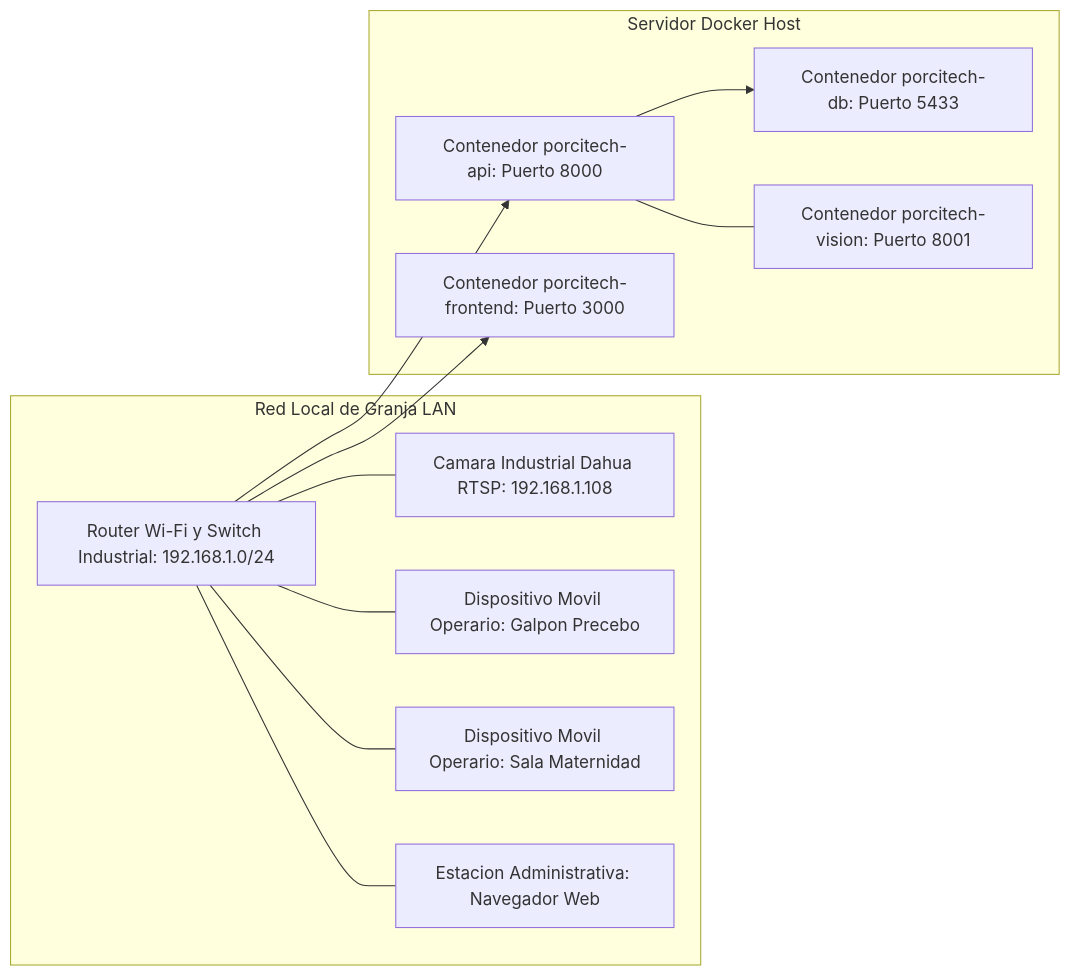
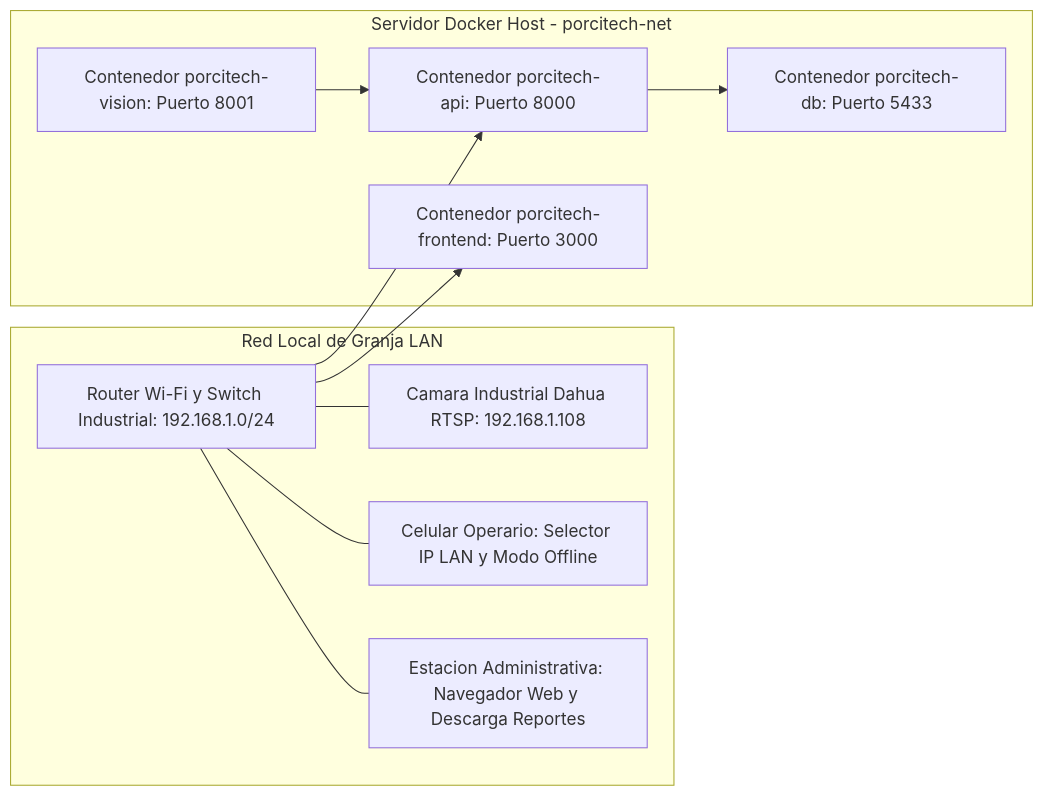
Before and after one commit to DevAvirama/CODIGO_FUENTE_PORCITECH: the fourth of 8 diagrams in MANUAL_DISENO_TECNICO.md, drawn with Mermaid. The commit also changed other lines of this file and 1 other file, not shown here.

````diff
--- a/MANUAL_DISENO_TECNICO.md
+++ b/MANUAL_DISENO_TECNICO.md
@@ -237,27 +233,25 @@
 ```mermaid
 flowchart LR
     subgraph RED_GRANJA ["Red Local de Granja LAN"]
         ROUTER["Router Wi-Fi y Switch Industrial: 192.168.1.0/24"]
         CAM_IP["Camara Industrial Dahua RTSP: 192.168.1.108"]
-        MOB_1["Dispositivo Movil Operario: Galpon Precebo"]
-        MOB_2["Dispositivo Movil Operario: Sala Maternidad"]
-        PC_ADM["Estacion Administrativa: Navegador Web"]
+        MOB_1["Celular Operario: Selector IP LAN y Modo Offline"]
+        PC_ADM["Estacion Administrativa: Navegador Web y Descarga Reportes"]
     end
 
-    subgraph SERVIDOR_HOST ["Servidor Docker Host"]
+    subgraph SERVIDOR_HOST ["Servidor Docker Host - porcitech-net"]
         C_DB["Contenedor porcitech-db: Puerto 5433"]
         C_API["Contenedor porcitech-api: Puerto 8000"]
         C_WEB["Contenedor porcitech-frontend: Puerto 3000"]
         C_VIS["Contenedor porcitech-vision: Puerto 8001"]
     end
 
     ROUTER --- CAM_IP
     ROUTER --- MOB_1
-    ROUTER --- MOB_2
     ROUTER --- PC_ADM
 
     ROUTER --> C_API
     ROUTER --> C_WEB
     C_API --> C_DB
-    C_API --- C_VIS
+    C_VIS --> C_API
 ```
````
